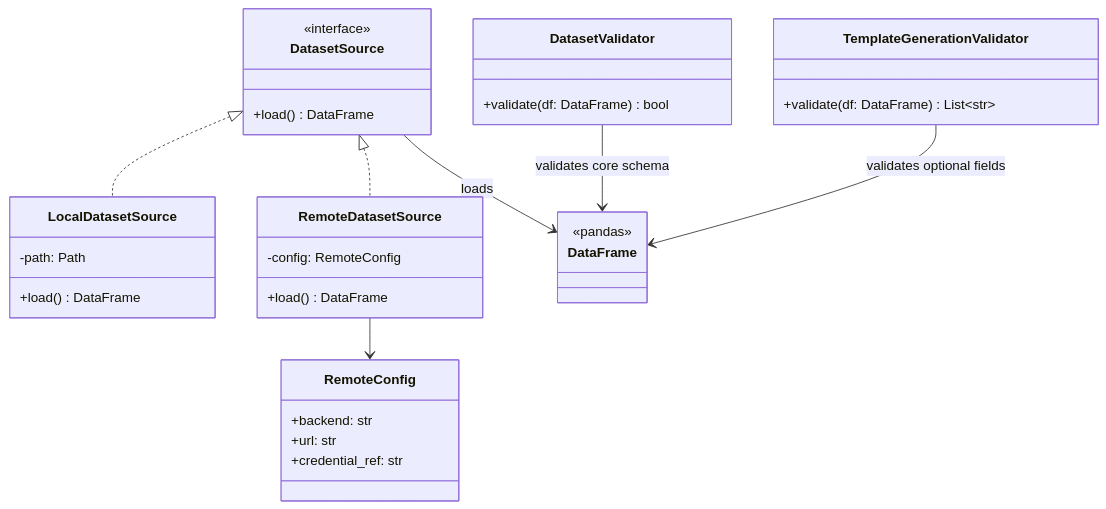
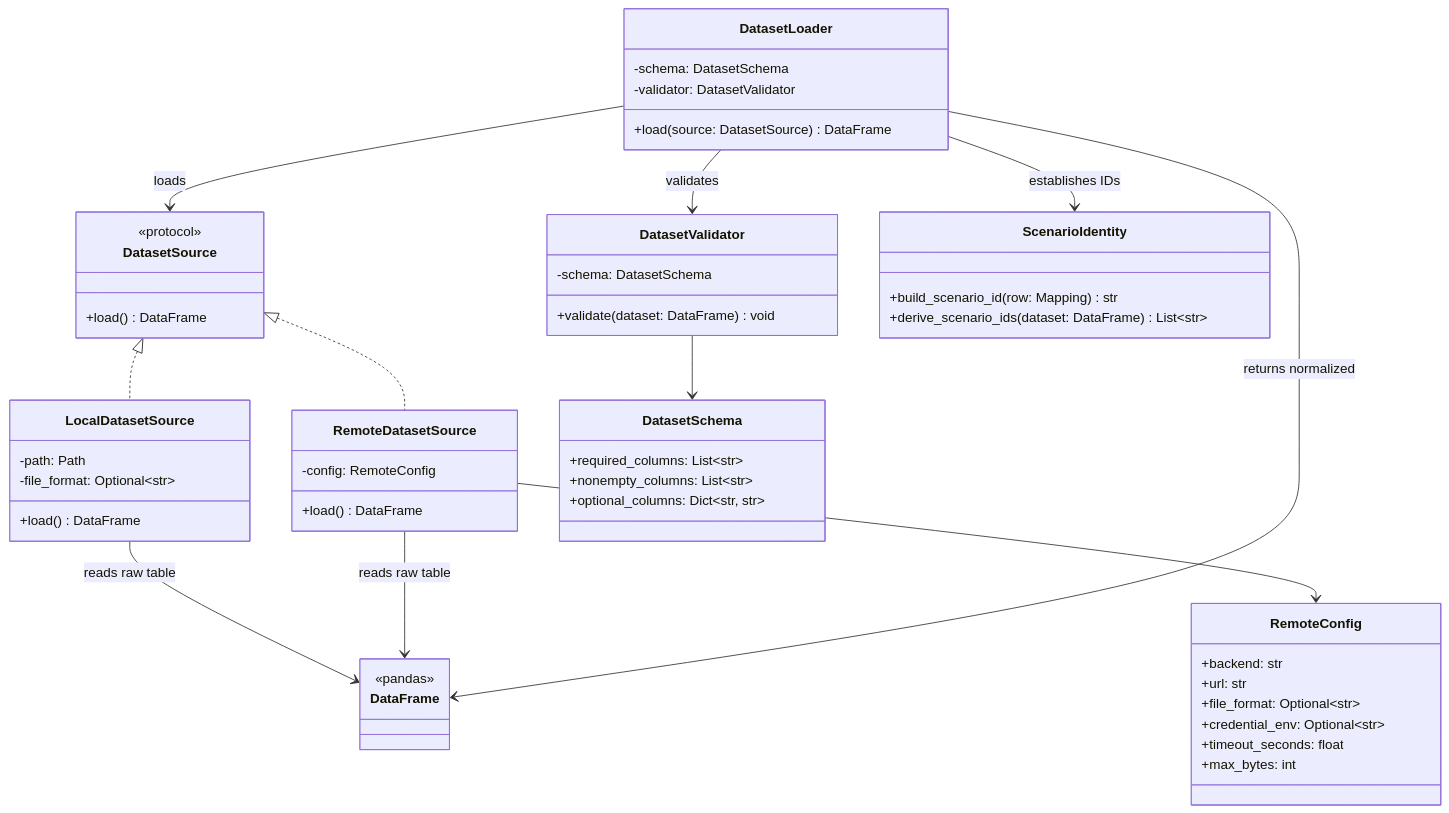
The diagram in docs/architecture/dataset_loading.mmd (KirillUtyashev/LLM_AuditKit), drawn with Mermaid before and after one commit. The commit also changed 23 other files, not shown here.

```diff
--- a/docs/architecture/dataset_loading.mmd
+++ b/docs/architecture/dataset_loading.mmd
@@ -1,37 +1,57 @@
 ---
 config:
   theme: mc
 ---
 classDiagram
     class DatasetSource {
-        <<interface>>
+        <<protocol>>
         +load() DataFrame
     }
     class LocalDatasetSource {
         -path: Path
+        -file_format: Optional~str~
         +load() DataFrame
     }
     class RemoteDatasetSource {
         -config: RemoteConfig
         +load() DataFrame
     }
     class RemoteConfig {
         +backend: str
         +url: str
-        +credential_ref: str
+        +file_format: Optional~str~
+        +credential_env: Optional~str~
+        +timeout_seconds: float
+        +max_bytes: int
+    }
+    class DatasetSchema {
+        +required_columns: List~str~
+        +nonempty_columns: List~str~
+        +optional_columns: Dict~str, str~
+    }
+    class DatasetLoader {
+        -schema: DatasetSchema
+        -validator: DatasetValidator
+        +load(source: DatasetSource) DataFrame
     }
     class DatasetValidator {
-        +validate(df: DataFrame) bool
+        -schema: DatasetSchema
+        +validate(dataset: DataFrame) void
     }
-    class TemplateGenerationValidator {
-        +validate(df: DataFrame) List~str~
+    class ScenarioIdentity {
+        +build_scenario_id(row: Mapping) str
+        +derive_scenario_ids(dataset: DataFrame) List~str~
     }
     class DataFrame {
         <<pandas>>
     }
     DatasetSource <|.. LocalDatasetSource
     DatasetSource <|.. RemoteDatasetSource
     RemoteDatasetSource --> RemoteConfig
-    DatasetSource --> DataFrame : loads
-    DatasetValidator --> DataFrame : validates core schema
-    TemplateGenerationValidator --> DataFrame : validates optional fields
+    LocalDatasetSource --> DataFrame : reads raw table
+    RemoteDatasetSource --> DataFrame : reads raw table
+    DatasetLoader --> DatasetSource : loads
+    DatasetLoader --> ScenarioIdentity : establishes IDs
+    DatasetLoader --> DatasetValidator : validates
+    DatasetValidator --> DatasetSchema
+    DatasetLoader --> DataFrame : returns normalized
```
